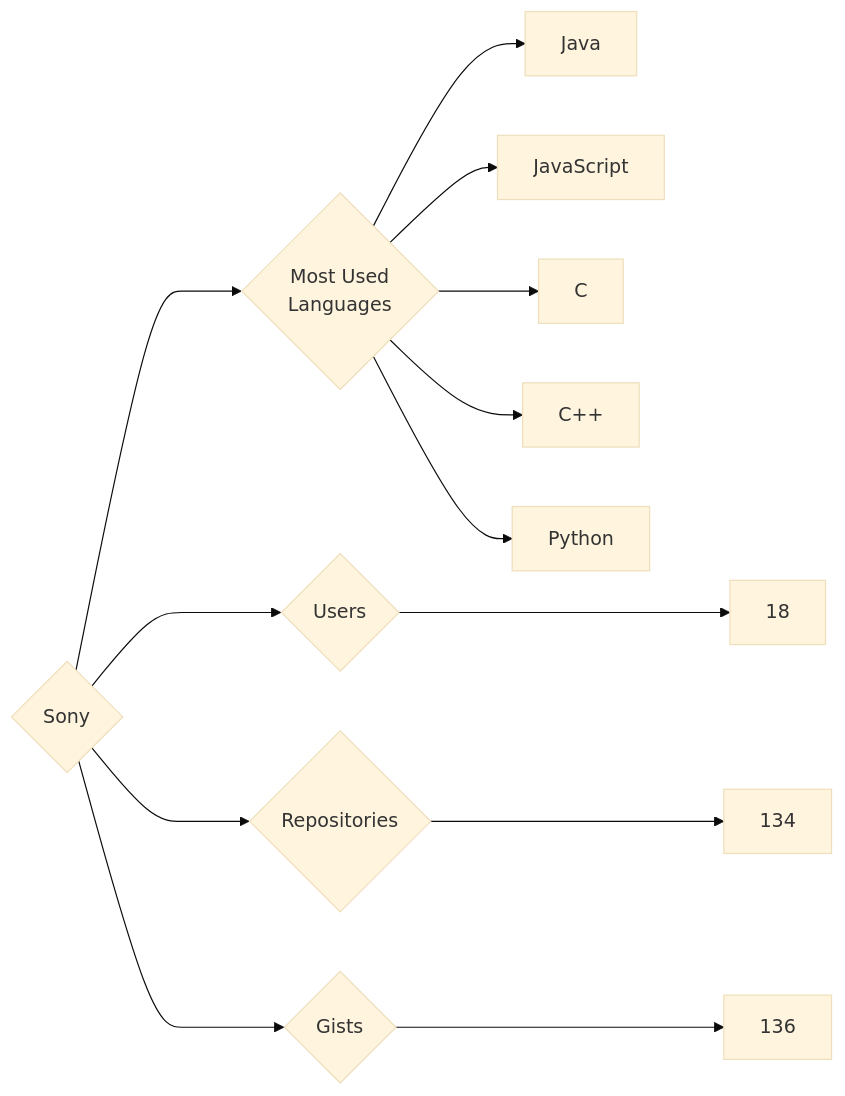
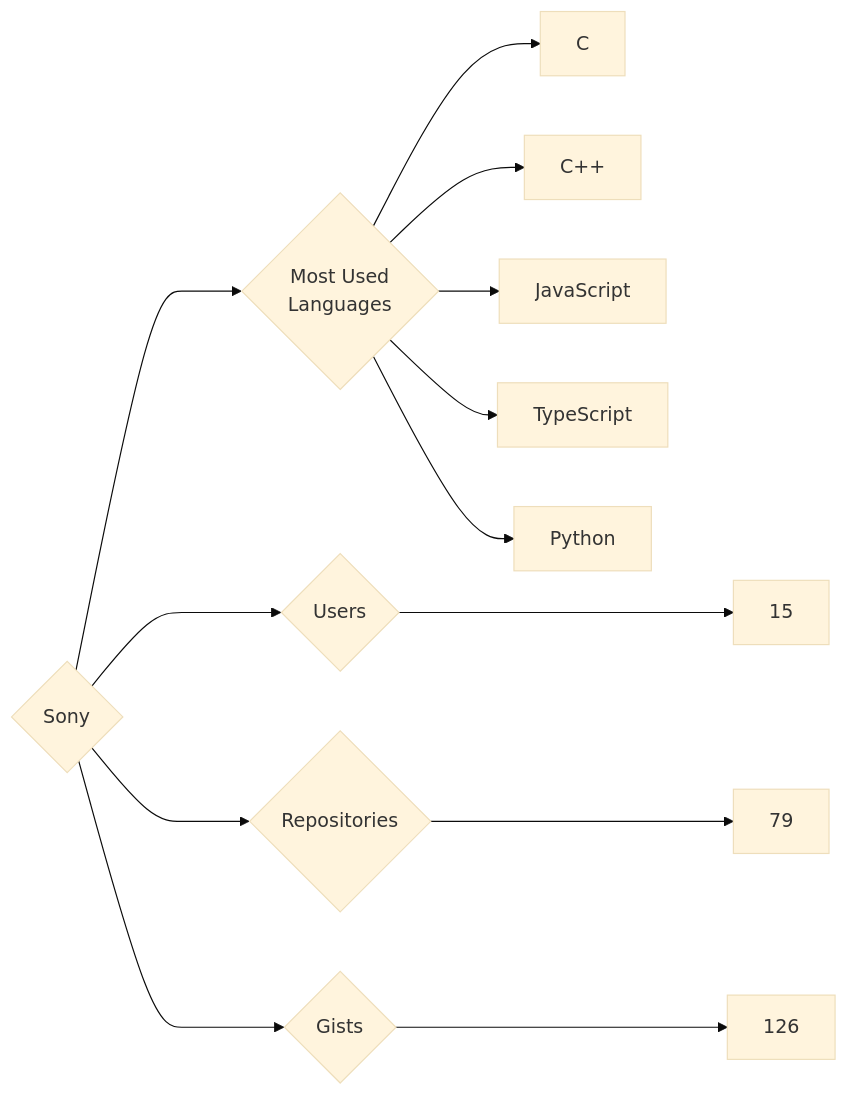
Before and after one commit to trickest/insiders: the diagram in targets/Sony/README.md, drawn with Mermaid (base theme). The commit also changed 773 other files, not shown here.

````diff
--- a/targets/Sony/README.md
+++ b/targets/Sony/README.md
@@ -3,13 +3,13 @@
 ```mermaid
 graph LR
 COMPANY_NAME{Sony}
-COMPANY_NAME ---> U{Users} ---> UN[18]
-COMPANY_NAME ---> R{Repositories} ---> RN[134]
-COMPANY_NAME ---> G{Gists} ---> GN[136]
+COMPANY_NAME ---> U{Users} ---> UN[15]
+COMPANY_NAME ---> R{Repositories} ---> RN[79]
+COMPANY_NAME ---> G{Gists} ---> GN[126]
 COMPANY_NAME ---> ML{Most Used<br>Languages}
-ML --> Java[Java]
-ML --> JavaScript[JavaScript]
 ML --> C[C]
 ML --> C++[C++]
+ML --> JavaScript[JavaScript]
+ML --> TypeScript[TypeScript]
 ML --> Python[Python]
 ```
````
